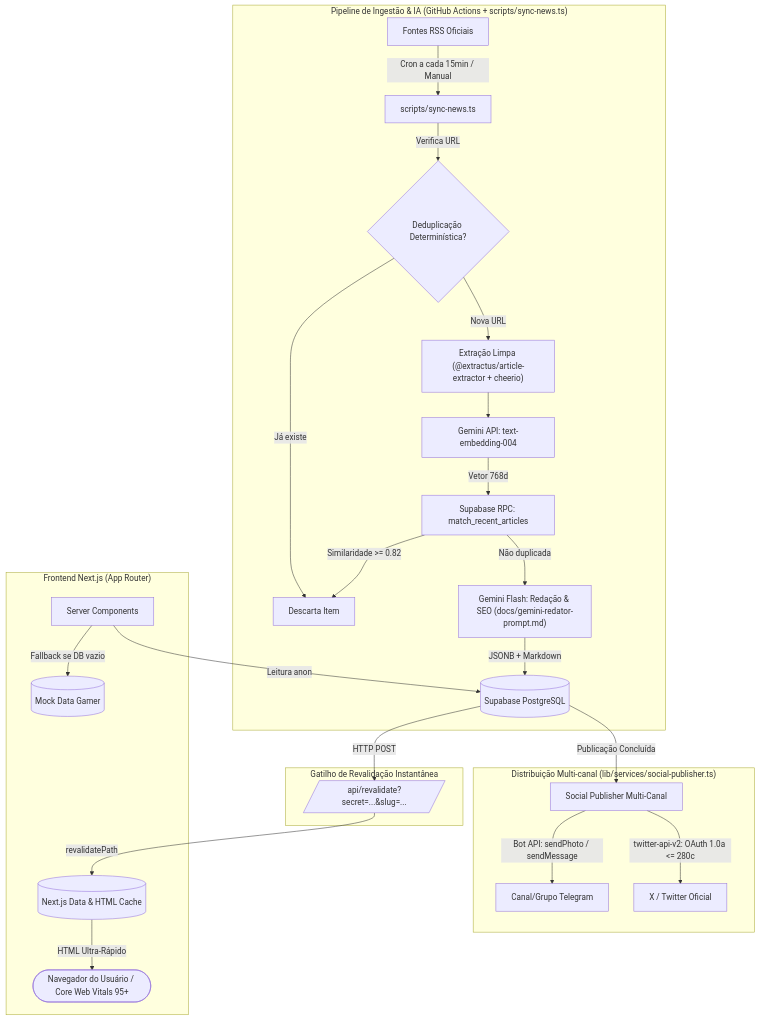
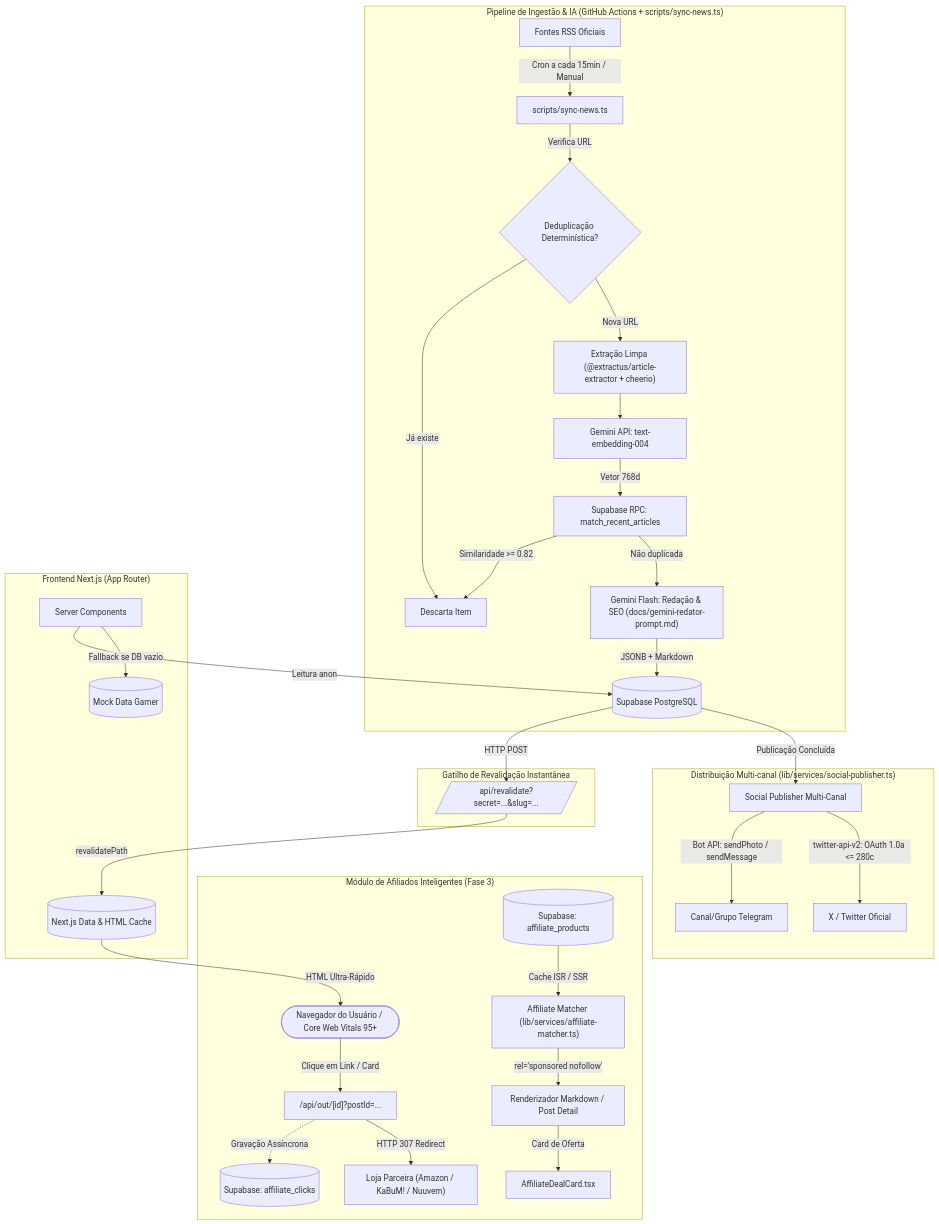
Before and after one commit to JuanBMMontesinos/AIGamePortal: the diagram in docs/architecture.md, drawn with Mermaid. The commit also changed other lines of this file and 13 other files, not shown here.

````diff
--- a/docs/architecture.md
+++ b/docs/architecture.md
@@ -11,31 +11,40 @@
 ```mermaid
 flowchart TD
     subgraph Pipeline_IA ["Pipeline de Ingestão & IA (GitHub Actions + scripts/sync-news.ts)"]
         F1[Fontes RSS Oficiais] -->|Cron a cada 15min / Manual| SCRIPT[scripts/sync-news.ts]
         SCRIPT -->|Verifica URL| N2{Deduplicação Determinística?}
         N2 -->|Já existe| SKIP[Descarta Item]
         N2 -->|Nova URL| EXT["Extração Limpa (@extractus/article-extractor + cheerio)"]
         EXT --> G1[Gemini API: text-embedding-004]
         G1 -->|Vetor 768d| DB_VEC[Supabase RPC: match_recent_articles]
         DB_VEC -->|Similaridade >= 0.82| SKIP
         DB_VEC -->|Não duplicada| G2["Gemini Flash: Redação & SEO (docs/gemini-redator-prompt.md)"]
         G2 -->|JSONB + Markdown| DB_INS[(Supabase PostgreSQL)]
     end
 
     subgraph Revalidacao ["Gatilho de Revalidação Instantânea"]
         DB_INS -->|HTTP POST| REVAL[/api/revalidate?secret=...&slug=.../]
     end
 
     subgraph Distribuicao_Social ["Distribuição Multi-canal (lib/services/social-publisher.ts)"]
         DB_INS -->|Publicação Concluída| SOC[Social Publisher Multi-Canal]
         SOC -->|Bot API: sendPhoto / sendMessage| TEL[Canal/Grupo Telegram]
         SOC -->|twitter-api-v2: OAuth 1.0a <= 280c| TW[X / Twitter Oficial]
     end
 
+    subgraph Modulo_Afiliados ["Módulo de Afiliados Inteligentes (Fase 3)"]
+        AFF_DB[(Supabase: affiliate_products)] -->|Cache ISR / SSR| MATCHER["Affiliate Matcher (lib/services/affiliate-matcher.ts)"]
+        MATCHER -->|rel='sponsored nofollow'| MD_RENDER["Renderizador Markdown / Post Detail"]
+        MD_RENDER -->|Card de Oferta| DEAL_CARD["AffiliateDealCard.tsx"]
+        USER -->|Clique em Link / Card| OUT_ROUTE["/api/out/[id]?postId=..."]
+        OUT_ROUTE -.->|Gravação Assíncrona| CLICK_DB[(Supabase: affiliate_clicks)]
+        OUT_ROUTE -->|HTTP 307 Redirect| PARTNER_STORE["Loja Parceira (Amazon / KaBuM! / Nuuvem)"]
+    end
+
     subgraph Frontend_Nextjs ["Frontend Next.js (App Router)"]
         REVAL -->|revalidatePath| CACHE[(Next.js Data & HTML Cache)]
         CACHE -->|HTML Ultra-Rápido| USER([Navegador do Usuário / Core Web Vitals 95+])
         SERVER_COMP[Server Components] -->|Leitura anon| DB_INS
         SERVER_COMP -->|Fallback se DB vazio| MOCK[(Mock Data Gamer)]
     end
 ```
````
